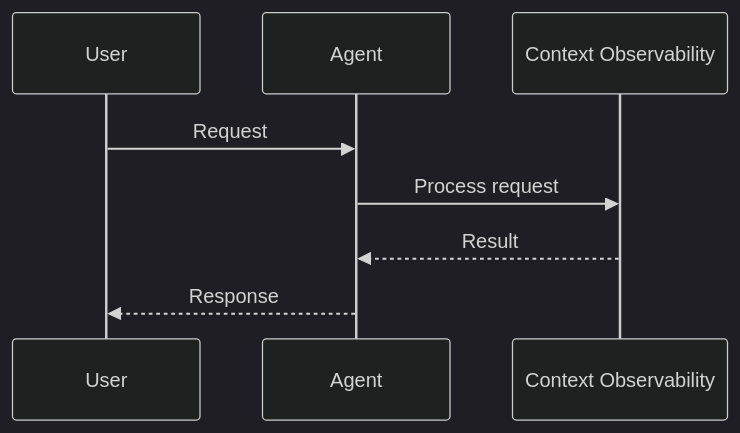
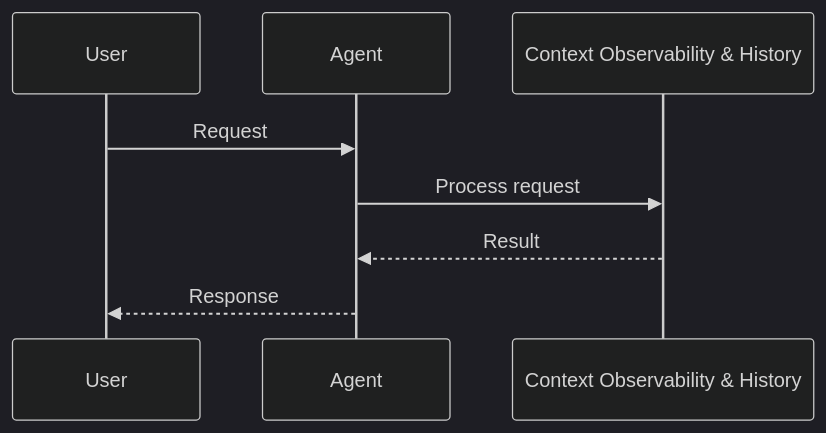
Before and after one commit to MervinPraison/PraisonAIDocs: the second of 4 diagrams in docs/features/context-observability.mdx, drawn with Mermaid (dark theme). The commit also changed other lines of this file and 45 other files, not shown here.

First line of the commit message:
docs: fix truncated Mermaid diagram feature names (22-char cutoff)

````diff
--- a/docs/features/context-observability.mdx
+++ b/docs/features/context-observability.mdx
@@ -24,11 +24,11 @@
 ```mermaid
 sequenceDiagram
     participant User
     participant Agent
-    participant Feature as Context Observability 
+    participant Feature as Context Observability & History
 
     User->>Agent: Request
     Agent->>Feature: Process request
     Feature-->>Agent: Result
     Agent-->>User: Response
 ```
````
